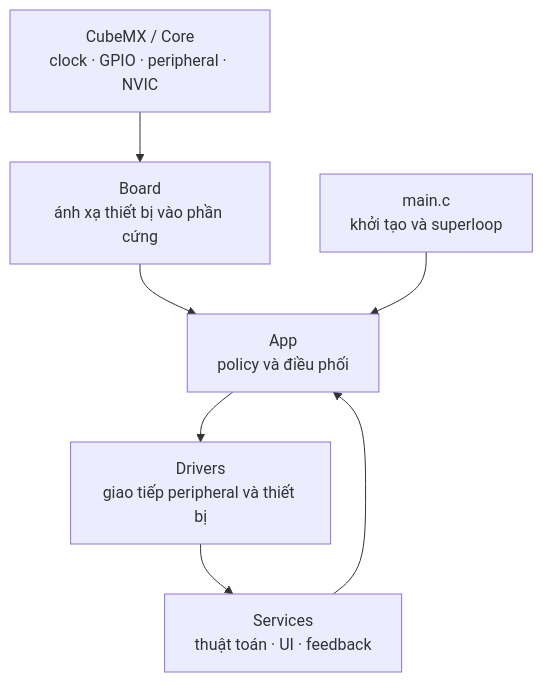
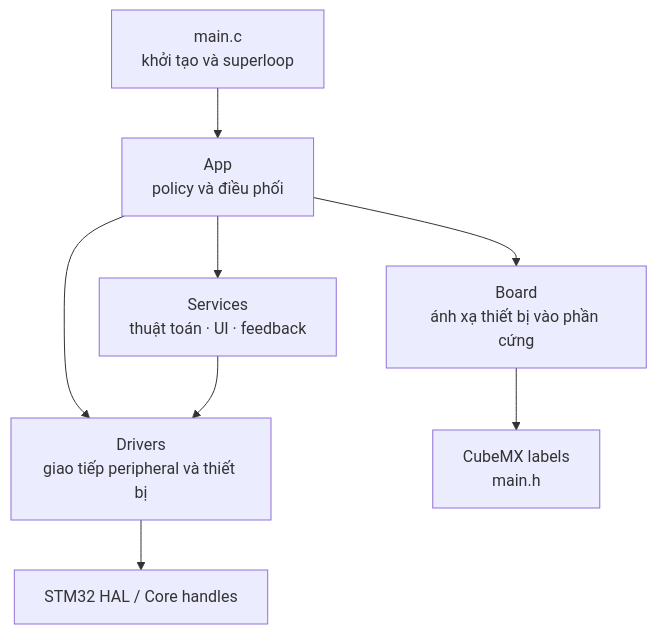
Before and after one commit to DontMindMe129/bluetooth-control-device: the diagram in docs/architecture.md, drawn with Mermaid. The commit also changed other lines of this file and 2 other files, not shown here.

Commit message:
docs: align repository guidance with current hardware

````diff
--- a/docs/architecture.md
+++ b/docs/architecture.md
@@ -13,16 +15,18 @@
 ```mermaid
 flowchart TB
-    CUBE[CubeMX / Core<br/>clock · GPIO · peripheral · NVIC]
+    MAIN[main.c<br/>khởi tạo và superloop]
+    APP[App<br/>policy và điều phối]
+    SERVICE[Services<br/>thuật toán · UI · feedback]
+    DRIVER[Drivers<br/>giao tiếp peripheral và thiết bị]
     BOARD[Board<br/>ánh xạ thiết bị vào phần cứng]
-    DRIVER[Drivers<br/>giao tiếp peripheral và thiết bị]
-    SERVICE[Services<br/>thuật toán · UI · feedback]
-    APP[App<br/>policy và điều phối]
-    MAIN[main.c<br/>khởi tạo và superloop]
+    HAL[STM32 HAL / Core handles]
+    CUBE[CubeMX labels<br/>main.h]
 
-    CUBE --> BOARD
-    BOARD --> APP
-    DRIVER --> SERVICE
-    SERVICE --> APP
     MAIN --> APP
     APP --> DRIVER
+    APP --> SERVICE
+    APP --> BOARD
+    SERVICE --> DRIVER
+    DRIVER --> HAL
+    BOARD --> CUBE
 ```
````
